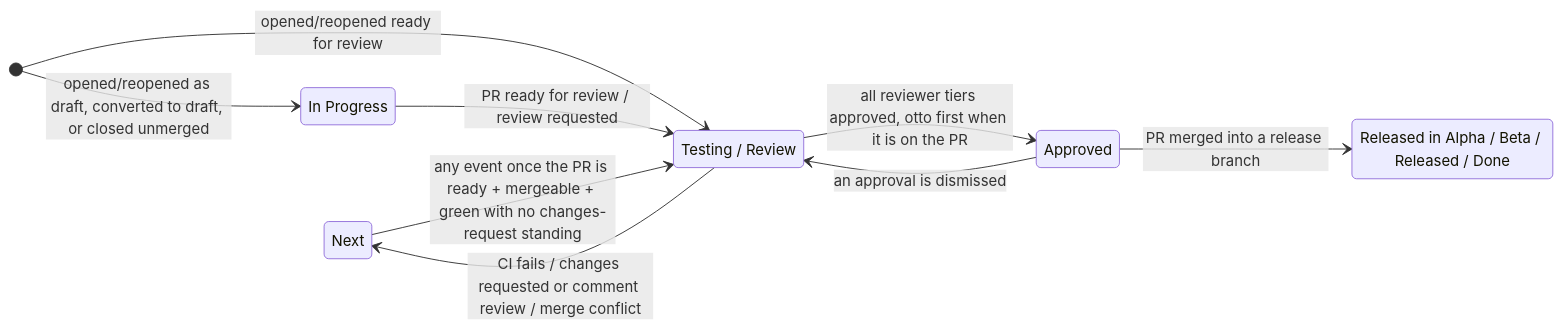
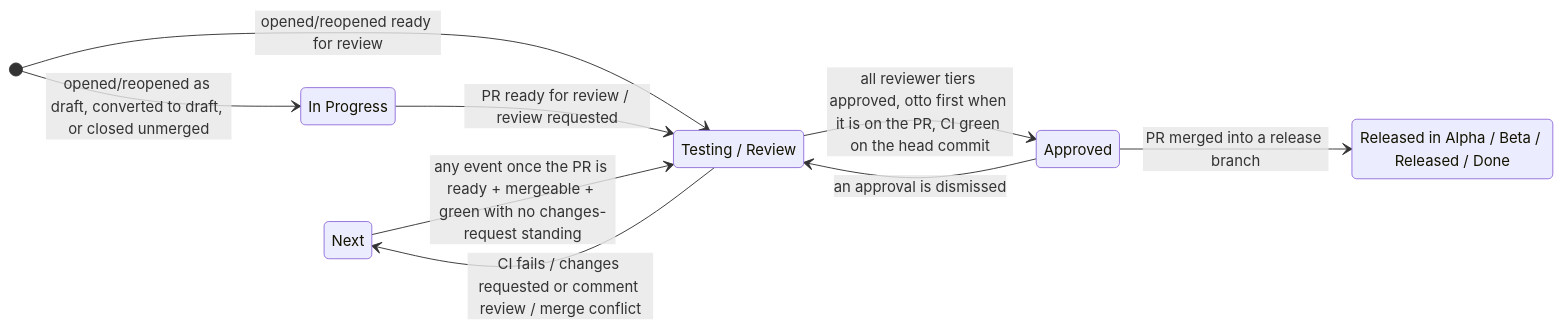
The diagram in README.md (nsquared-team/asana-comment-on-task-github-action), drawn with Mermaid before and after one commit. The commit also changed other lines of this file and 13 other files, not shown here.

First line of the commit message:
Hold reviewer calls until CI is green on the PR's current commit

````diff
--- a/README.md
+++ b/README.md
@@ -13,18 +13,18 @@
 ```mermaid
 stateDiagram-v2
     direction LR
     Next : Next
     InProgress : In Progress
     Testing : Testing / Review
     Approved : Approved
     Release : Released in Alpha / Beta / Released / Done
 
     [*] --> InProgress : opened/reopened as draft, converted to draft, or closed unmerged
     [*] --> Testing : opened/reopened ready for review
     InProgress --> Testing : PR ready for review / review requested
     Testing --> Next : CI fails / changes requested or comment review / merge conflict
     Next --> Testing : any event once the PR is ready + mergeable + green with no changes-request standing
-    Testing --> Approved : all reviewer tiers approved, otto first when it is on the PR
+    Testing --> Approved : all reviewer tiers approved, otto first when it is on the PR, CI green on the head commit
     Approved --> Testing : an approval is dismissed
     Approved --> Release : PR merged into a release branch
 ```
````
